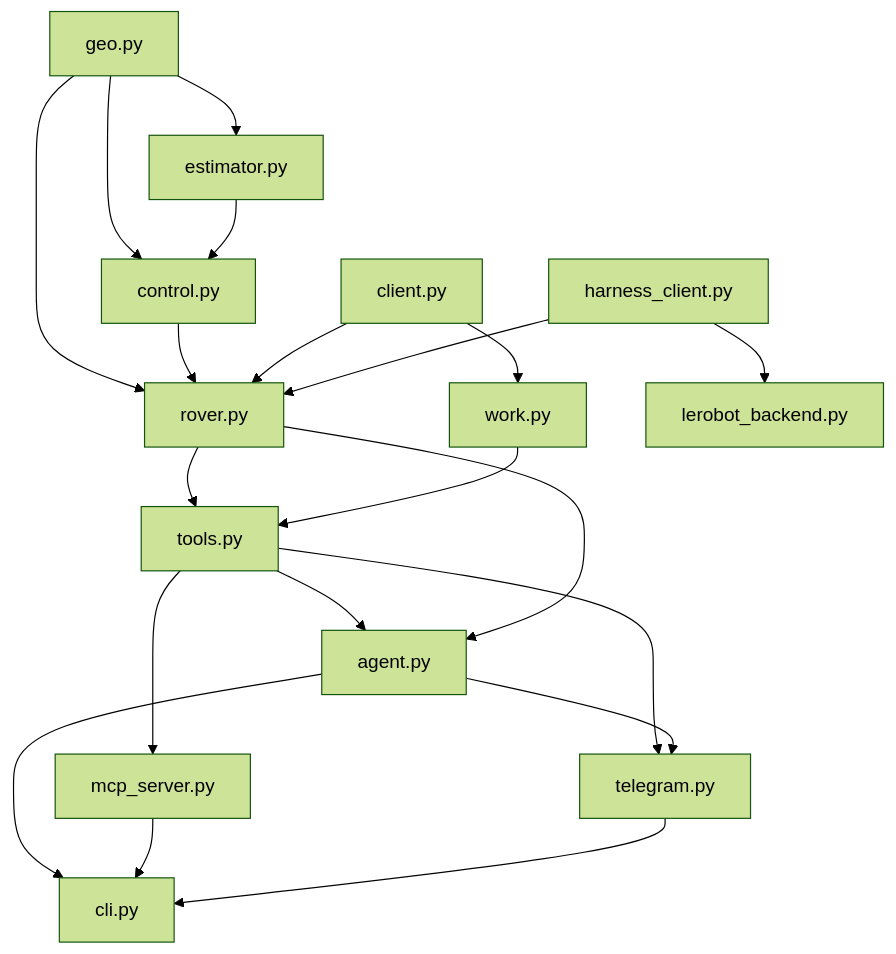
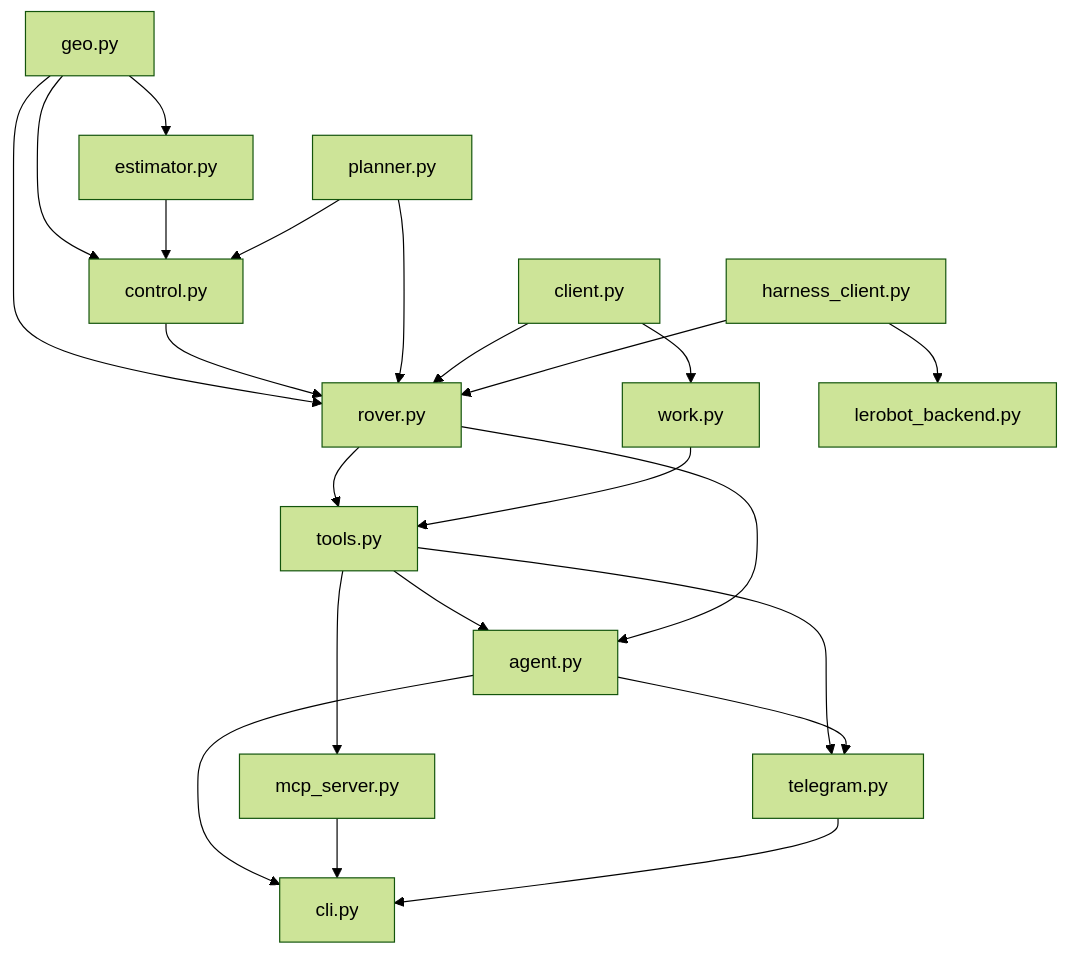
Diagram 13 of 15 in docs/ARCHITECTURE.md (0xSoftBoi/mini-plus-agent-kit), drawn with Mermaid (forest theme) before and after one commit. The commit also changed other lines of this file and 7 other files, not shown here.

````diff
--- a/docs/ARCHITECTURE.md
+++ b/docs/ARCHITECTURE.md
@@ -434,22 +482,24 @@
 ```mermaid
 graph TD
   geo["geo.py"] --> rover["rover.py"]
   geo --> estimator["estimator.py"]
   geo --> control["control.py"]
   estimator --> control
+  planner["planner.py"] --> control
   control --> rover
+  planner --> rover
   client["client.py"] --> rover
   harness["harness_client.py"] --> rover
   client --> work["work.py"]
   rover --> tools["tools.py"]
   work --> tools
   tools --> agent["agent.py"]
   tools --> telegram["telegram.py"]
   tools --> mcp["mcp_server.py"]
   rover --> agent
   agent --> telegram
   harness --> lerobot["lerobot_backend.py"]
   agent --> cli["cli.py"]
   mcp --> cli
   telegram --> cli
 ```
````
